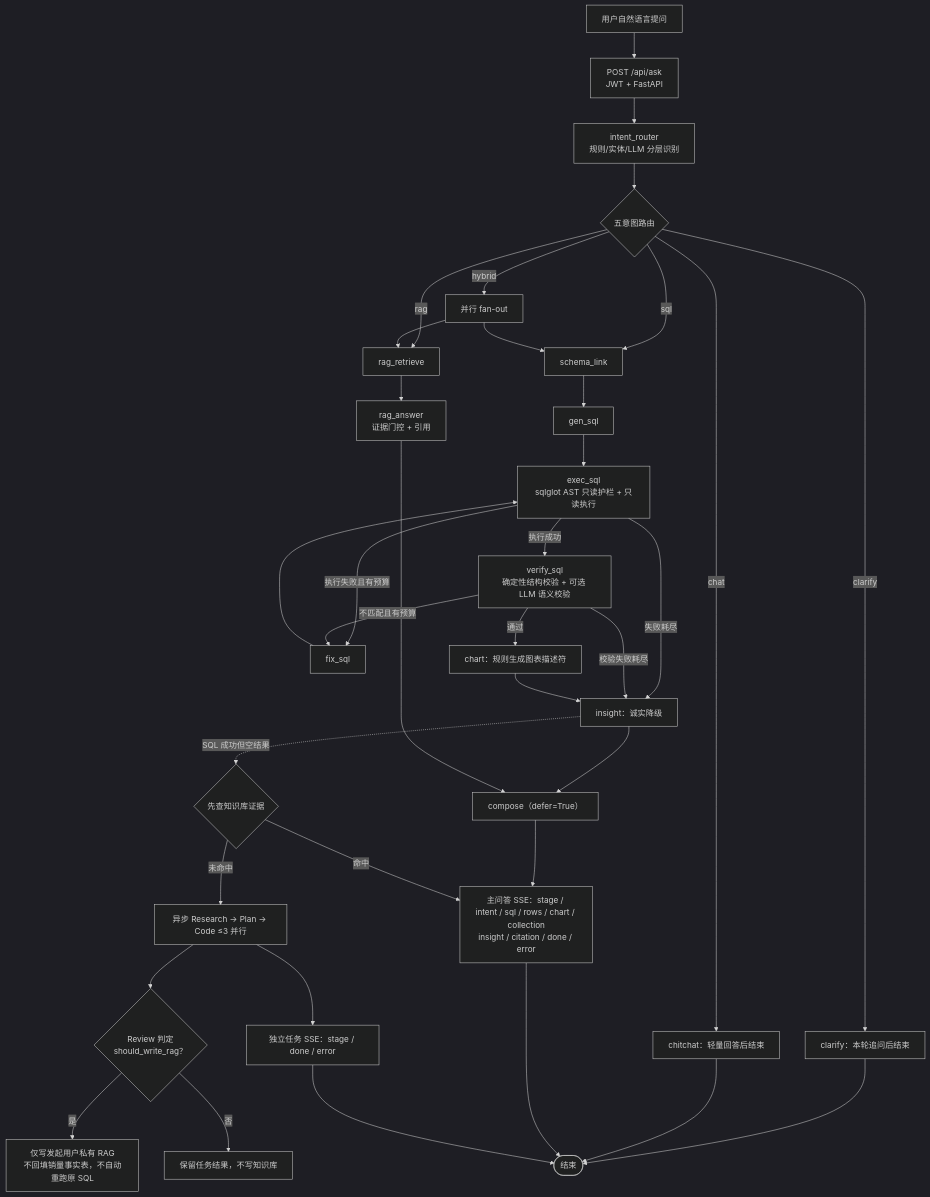
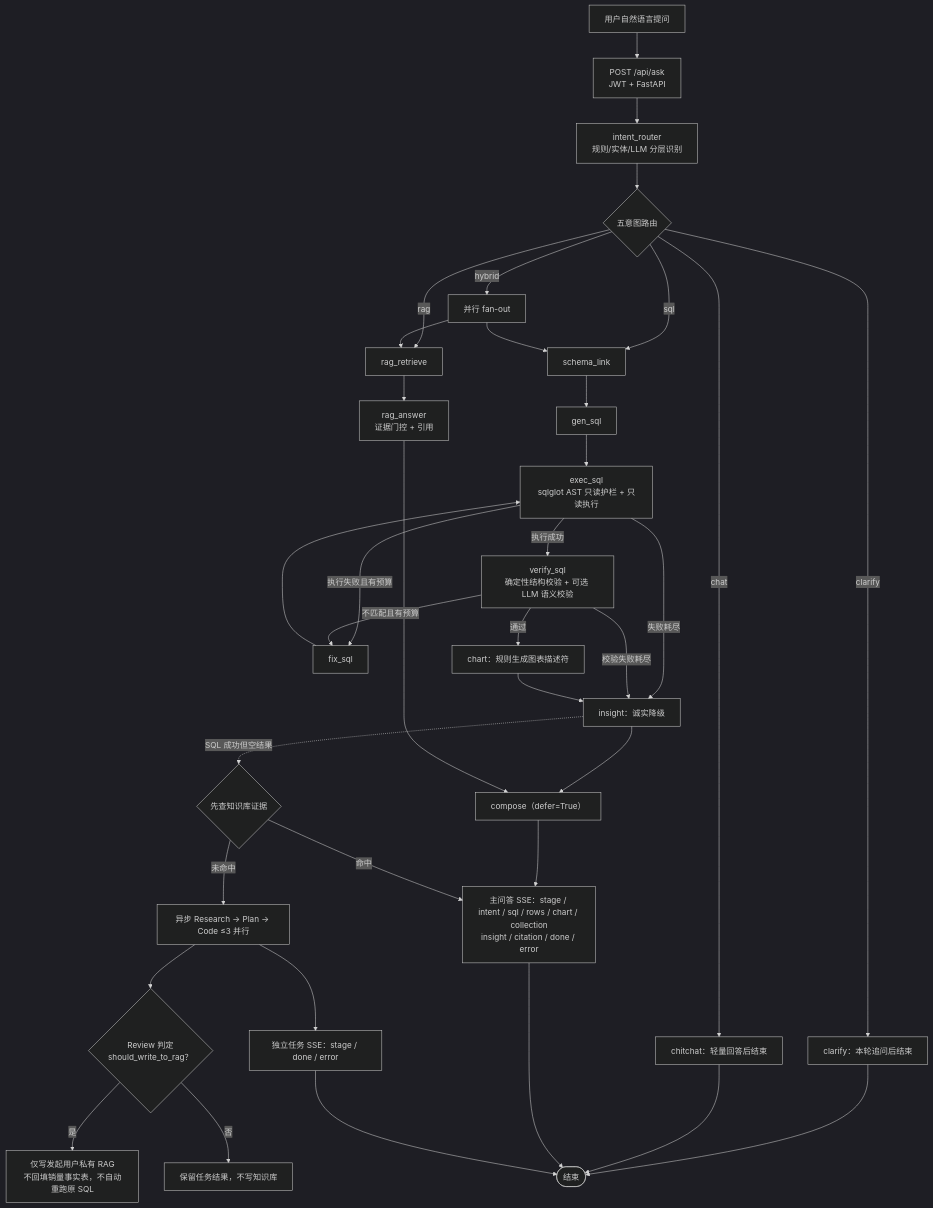
The diagram in docs/diagrams/end-to-end-flow.mmd (Gloria668866/ev-market-lens), drawn with Mermaid (dark theme) before and after one commit. The commit also changed 6 other files, not shown here.

```diff
--- a/docs/diagrams/end-to-end-flow.mmd
+++ b/docs/diagrams/end-to-end-flow.mmd
@@ -1,40 +1,40 @@
 flowchart TD
   U["用户自然语言提问"] --> API["POST /api/ask<br/>JWT + FastAPI"]
   API --> INT["intent_router<br/>规则/实体/LLM 分层识别"]
   INT --> R{"五意图路由"}
 
   R -- sql --> SL["schema_link"]
   R -- rag --> RR["rag_retrieve"]
   R -- hybrid --> FAN["并行 fan-out"]
   R -- clarify --> CL["clarify：本轮追问后结束"]
   R -- chat --> CT["chitchat：轻量回答后结束"]
   FAN --> SL
   FAN --> RR
 
   SL --> GEN["gen_sql"]
   GEN --> EXE["exec_sql<br/>sqlglot AST 只读护栏 + 只读执行"]
   EXE -- 执行失败且有预算 --> FIX["fix_sql"] --> EXE
   EXE -- 执行成功 --> VER["verify_sql<br/>确定性结构校验 + 可选 LLM 语义校验"]
   VER -- 不匹配且有预算 --> FIX
   VER -- 通过 --> CH["chart：规则生成图表描述符"]
   EXE -- 失败耗尽 --> INS["insight：诚实降级"]
   VER -- 校验失败耗尽 --> INS
   CH --> INS
 
   RR --> RA["rag_answer<br/>证据门控 + 引用"]
   INS --> CMP["compose（defer=True）"]
   RA --> CMP
   CMP --> SSE["主问答 SSE：stage / intent / sql / rows / chart / collection<br/>insight / citation / done / error"]
 
   INS -. "SQL 成功但空结果" .-> FB{"先查知识库证据"}
   FB -- 命中 --> SSE
   FB -- 未命中 --> PIPE["异步 Research → Plan → Code ≤3 并行"]
-  PIPE --> REVIEW{"Review 判定<br/>should_write_rag？"}
+  PIPE --> REVIEW{"Review 判定<br/>should_write_to_rag？"}
   REVIEW -- "是" --> PRIV["仅写发起用户私有 RAG<br/>不回填销量事实表，不自动重跑原 SQL"]
   REVIEW -- "否" --> NWRITE["保留任务结果，不写知识库"]
   PIPE --> TASK["独立任务 SSE：stage / done / error"]
 
   CL --> END1(["结束"])
   CT --> END1
   SSE --> END1
   TASK --> END1
```
